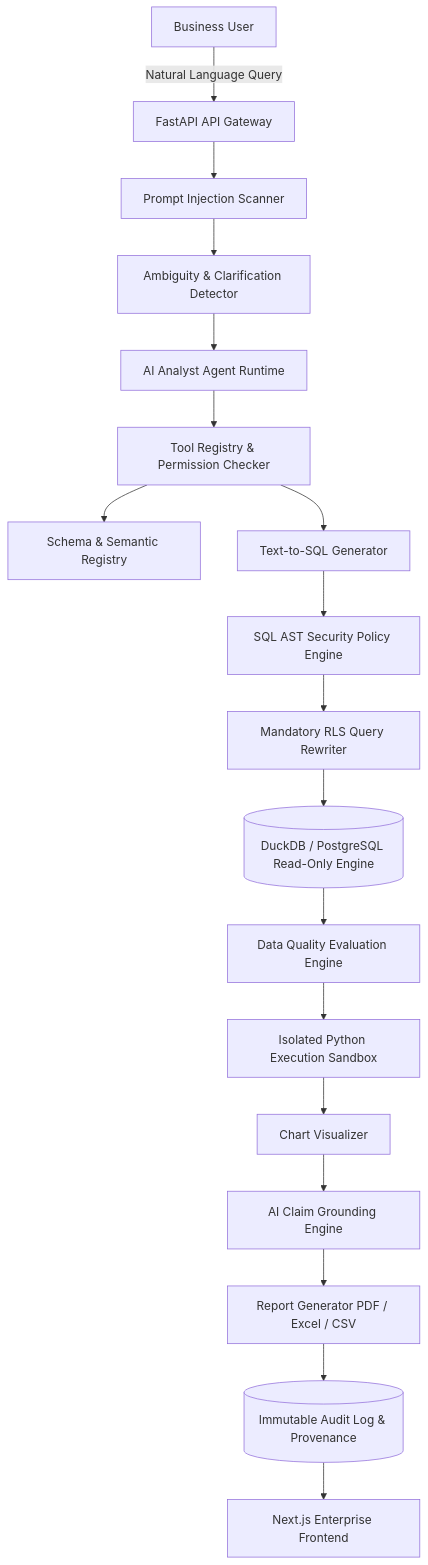
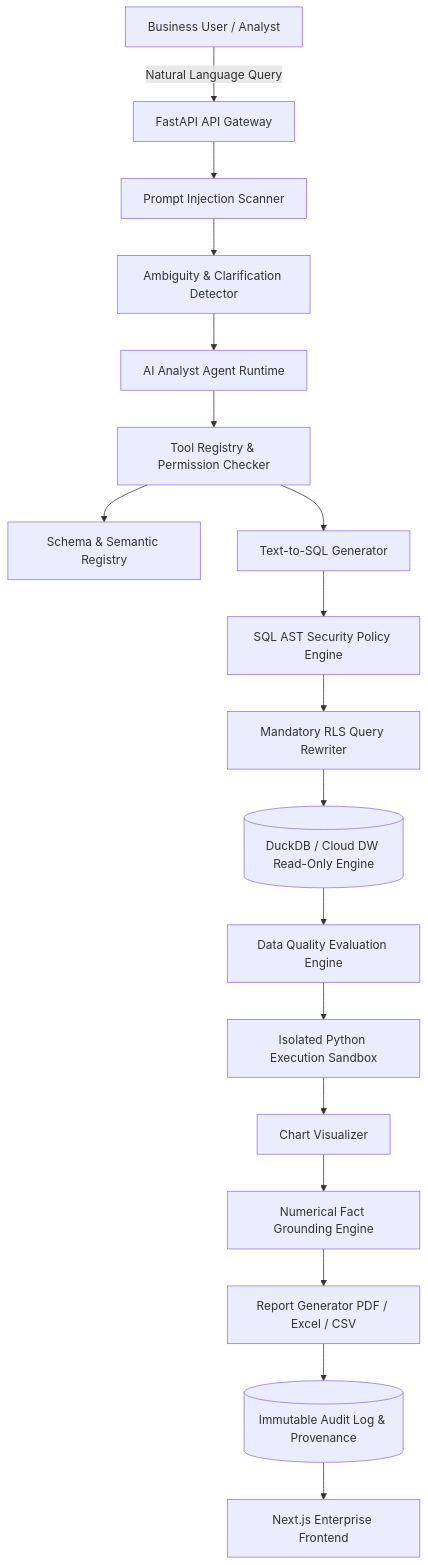
One commit to keanao115/AI-Powered-Enterprise-Data-Analytics-Reporting-Platform changed the diagram in docs/architecture.md. Above: the diagram before and after it, drawn with Mermaid. The commit also changed other lines of this file and 17 other files, not shown here.

````diff
--- a/docs/architecture.md
+++ b/docs/architecture.md
@@ -7,20 +7,20 @@
 ```mermaid
 graph TD
-    User[Business User] -->|Natural Language Query| API[FastAPI API Gateway]
+    User[Business User / Analyst] -->|Natural Language Query| API[FastAPI API Gateway]
     API --> SecurityScan[Prompt Injection Scanner]
     SecurityScan --> AmbiguityCheck[Ambiguity & Clarification Detector]
     AmbiguityCheck --> Agent[AI Analyst Agent Runtime]
     Agent --> ToolRegistry[Tool Registry & Permission Checker]
     ToolRegistry --> SchemaReg[Schema & Semantic Registry]
     ToolRegistry --> Text2SQL[Text-to-SQL Generator]
     Text2SQL --> ASTPolicy[SQL AST Security Policy Engine]
     ASTPolicy --> RLSRewriter[Mandatory RLS Query Rewriter]
-    RLSRewriter --> ReadOnlyDB[(DuckDB / PostgreSQL Read-Only Engine)]
+    RLSRewriter --> ReadOnlyDB[(DuckDB / Cloud DW Read-Only Engine)]
     ReadOnlyDB --> DQEngine[Data Quality Evaluation Engine]
     DQEngine --> Sandbox[Isolated Python Execution Sandbox]
     Sandbox --> Matplotlib[Chart Visualizer]
-    Matplotlib --> Grounding[AI Claim Grounding Engine]
+    Matplotlib --> Grounding[Numerical Fact Grounding Engine]
     Grounding --> ReportGen[Report Generator PDF / Excel / CSV]
     ReportGen --> AuditLog[(Immutable Audit Log & Provenance)]
     AuditLog --> UI[Next.js Enterprise Frontend]
 ```
````
